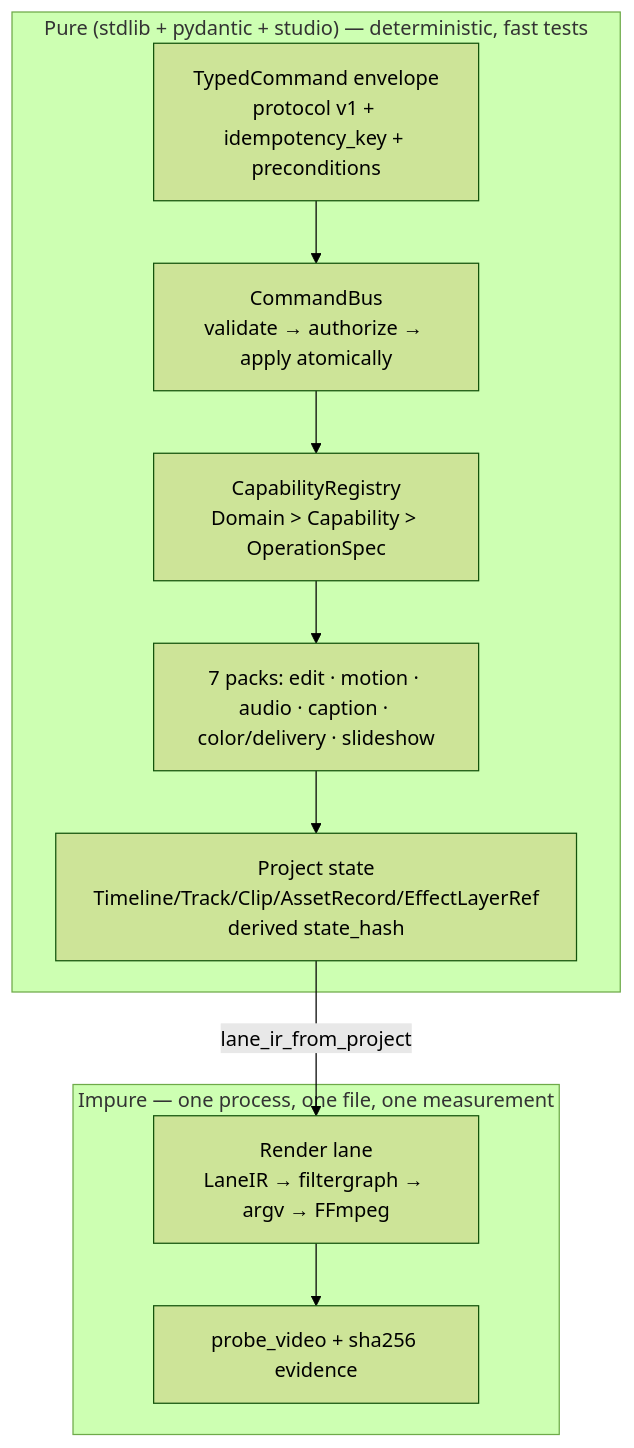
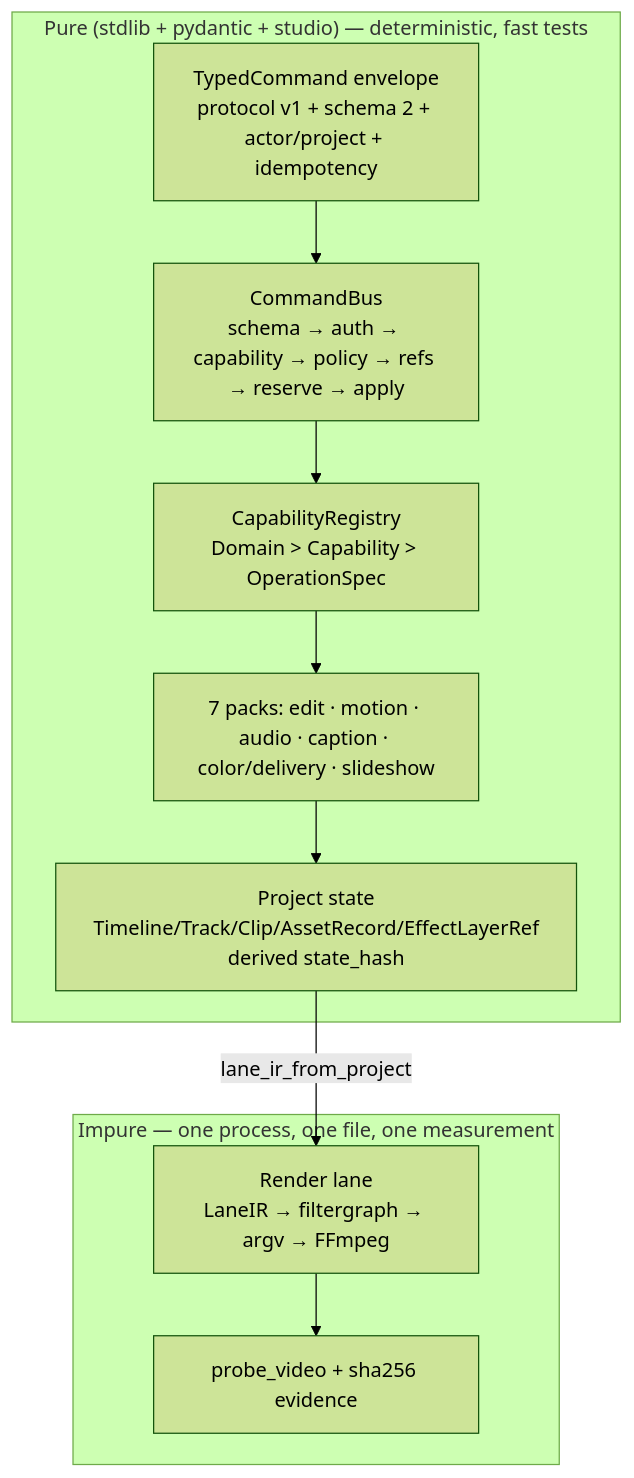
One commit to bot523h/nexus-ai-agent changed the diagram in docs/architecture/CREATIVE_STUDIO.md. Above: the diagram before and after it, drawn with Mermaid (forest theme). The commit also changed other lines of this file and 33 other files, not shown here.

Commit message:
feat(nagar): enforce versioned command and capability gate

````diff
--- a/docs/architecture/CREATIVE_STUDIO.md
+++ b/docs/architecture/CREATIVE_STUDIO.md
@@ -13,16 +13,16 @@
 ```mermaid
 flowchart TB
     subgraph pure["Pure (stdlib + pydantic + studio) — deterministic, fast tests"]
-        cmd["TypedCommand envelope<br/>protocol v1 + idempotency_key + preconditions"]
-        bus["CommandBus<br/>validate → authorize → apply atomically"]
+        cmd["TypedCommand envelope<br/>protocol v1 + schema 2 + actor/project + idempotency"]
+        bus["CommandBus<br/>schema → auth → capability → policy → refs → reserve → apply"]
         reg["CapabilityRegistry<br/>Domain > Capability > OperationSpec"]
         packs["7 packs: edit · motion · audio · caption · color/delivery · slideshow"]
         proj["Project state<br/>Timeline/Track/Clip/AssetRecord/EffectLayerRef<br/>derived state_hash"]
     end
     subgraph impure["Impure — one process, one file, one measurement"]
         lane["Render lane<br/>LaneIR → filtergraph → argv → FFmpeg"]
         probe["probe_video + sha256 evidence"]
     end
     cmd --> bus --> reg --> packs --> proj
     proj -->|lane_ir_from_project| lane --> probe
 ```
````
